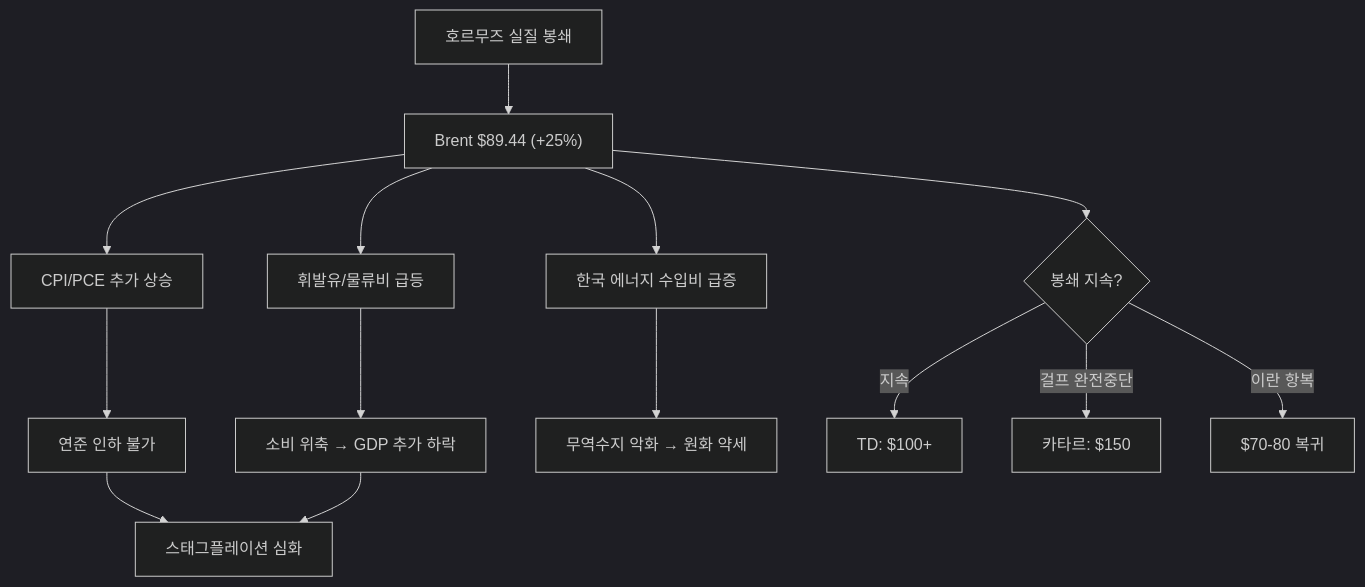
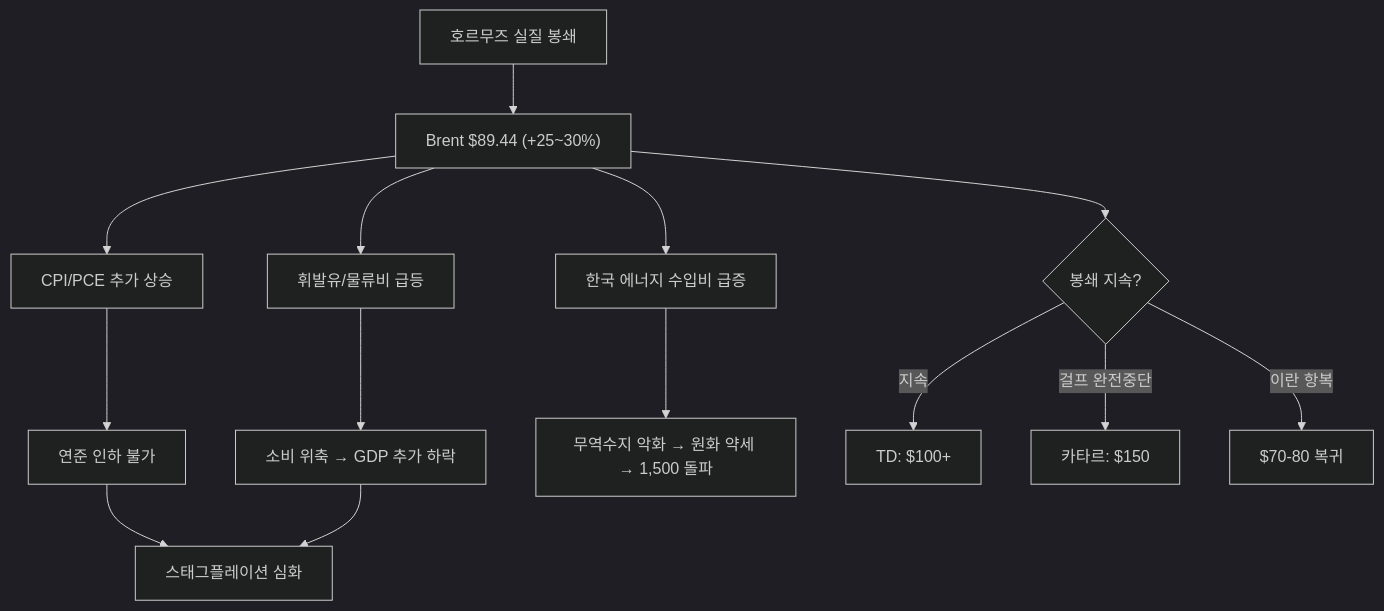
The sixth of 9 diagrams in _posts/knowledge/invest/2026-01-21-macroeconomic-policy-sector-outlook-2026.md (dss99911/dss99911.github.io), drawn with Mermaid (dark theme) before and after one commit. The commit also changed other lines of this file and 5 other files, not shown here.

````diff
--- a/_posts/knowledge/invest/2026-01-21-macroeconomic-policy-sector-outlook-2026.md
+++ b/_posts/knowledge/invest/2026-01-21-macroeconomic-policy-sector-outlook-2026.md
@@ -171,16 +330,16 @@
 ```mermaid
 graph TD
-    A["호르무즈 실질 봉쇄"] --> B["Brent $89.44 (+25%)"]
+    A["호르무즈 실질 봉쇄"] --> B["Brent $89.44 (+25~30%)"]
     B --> C["CPI/PCE 추가 상승"]
     C --> D["연준 인하 불가"]
     B --> E["휘발유/물류비 급등"]
     E --> F["소비 위축 → GDP 추가 하락"]
     B --> G["한국 에너지 수입비 급증"]
-    G --> H["무역수지 악화 → 원화 약세"]
+    G --> H["무역수지 악화 → 원화 약세 → 1,500 돌파"]
     D --> I["스태그플레이션 심화"]
     F --> I
     B --> J{"봉쇄 지속?"}
     J -->|"지속"| K["TD: $100+"]
     J -->|"걸프 완전중단"| L["카타르: $150"]
     J -->|"이란 항복"| M["$70-80 복귀"]
 ```
````
